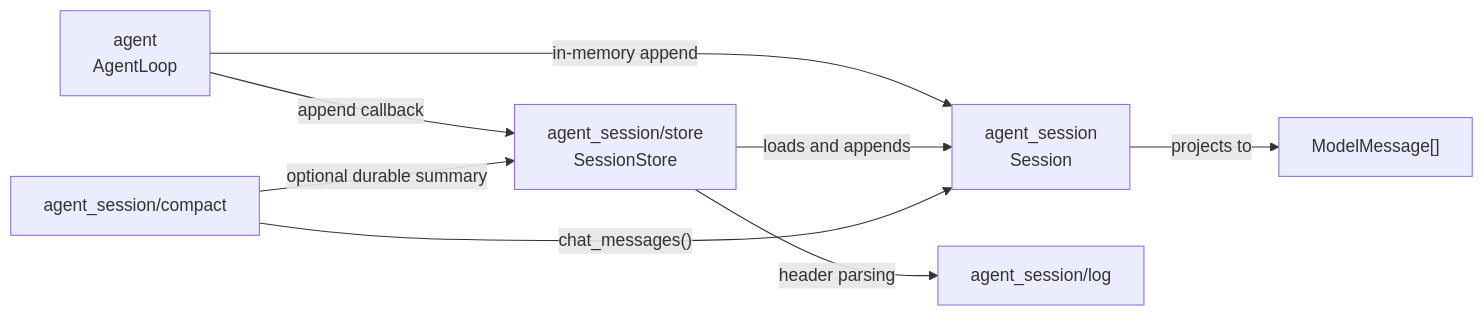
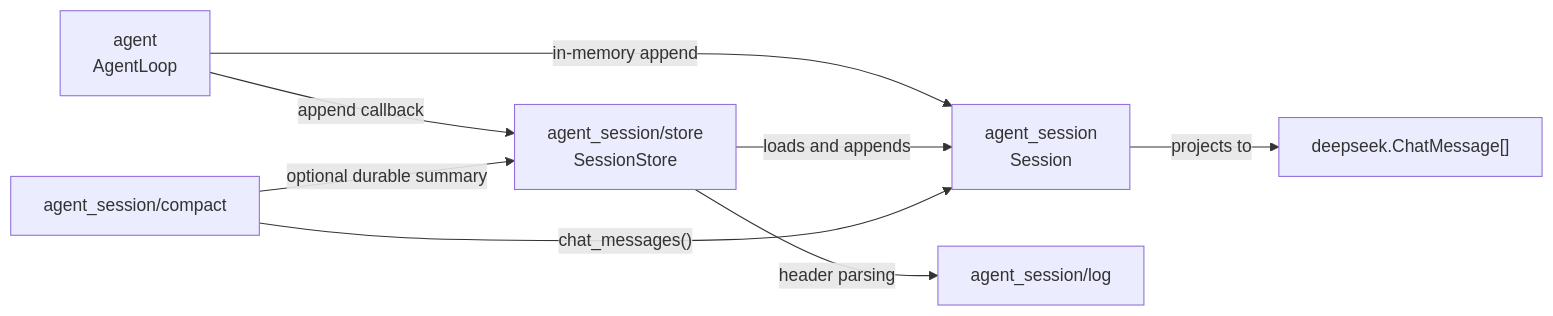
Before and after one commit to moonbitlang/openseek: the first of 5 diagrams in agent_session/README.mbt.md, drawn with Mermaid. The commit also changed other lines of this file and 70 other files, not shown here.

````diff
--- a/agent_session/README.mbt.md
+++ b/agent_session/README.mbt.md
@@ -76,12 +92,12 @@
 ```mermaid
 flowchart LR
   agent["agent\nAgentLoop"] -->|"append callback"| store["agent_session/store\nSessionStore"]
   agent -->|"in-memory append"| session["agent_session\nSession"]
 
   store -->|"loads and appends"| session
   store -->|"header parsing"| log["agent_session/log"]
   compact["agent_session/compact"] -->|"chat_messages()"| session
   compact -->|"optional durable summary"| store
 
-  session -->|"projects to"| model["ModelMessage[]"]
+  session -->|"projects to"| deepseek["deepseek.ChatMessage[]"]
 ```
````
